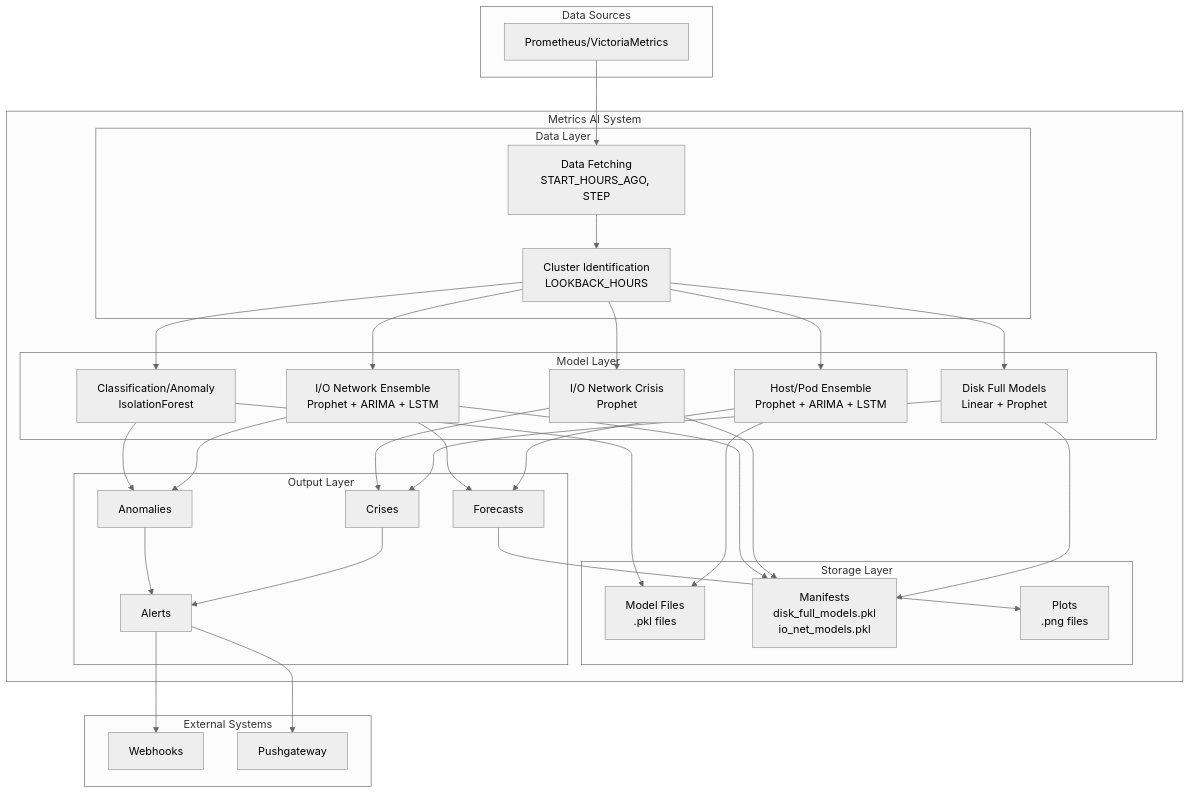
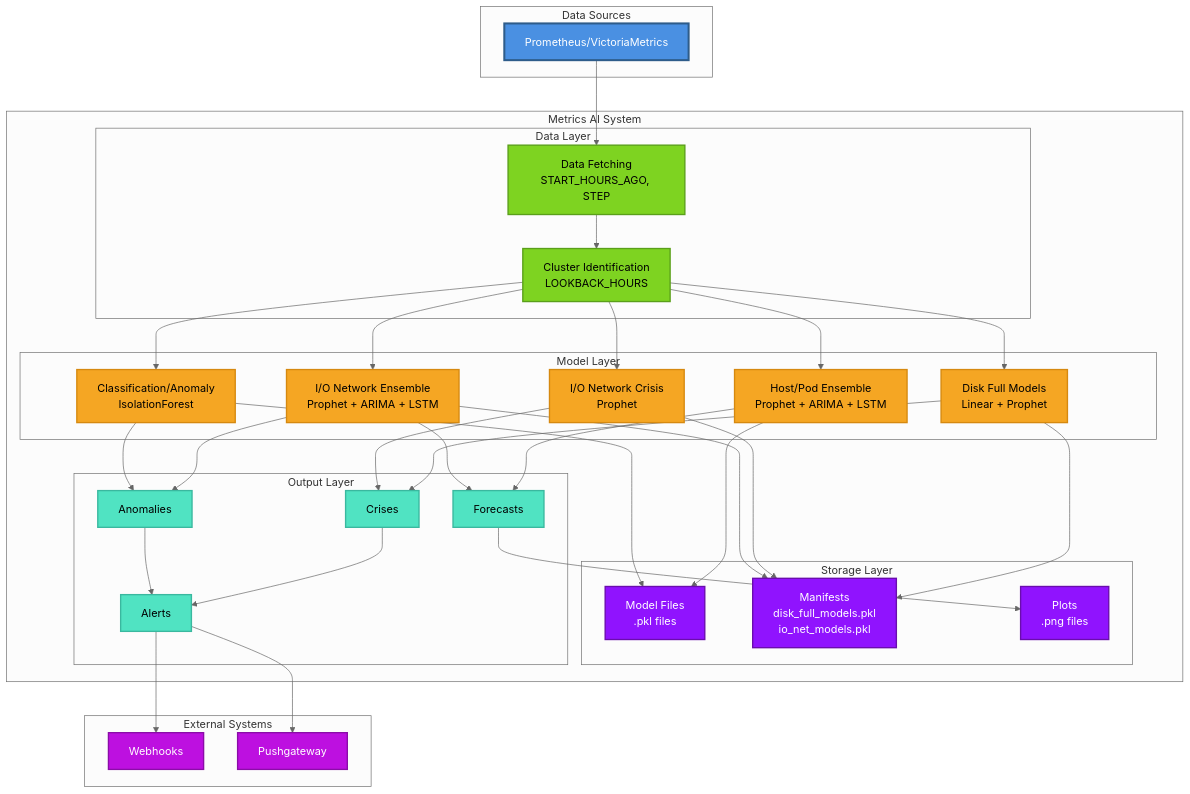
The first of 11 diagrams in Docs/VISUAL_ARCHITECTURE_GUIDE.md (k8sautom8/metrics-ml), drawn with Mermaid (neutral theme) before and after one commit. The commit also changed other lines of this file, not shown here.

````diff
--- a/Docs/VISUAL_ARCHITECTURE_GUIDE.md
+++ b/Docs/VISUAL_ARCHITECTURE_GUIDE.md
@@ -22,66 +38,80 @@
 ```mermaid
 graph TB
     subgraph "Data Sources"
         P[Prometheus/VictoriaMetrics]
     end
     
     subgraph "Metrics AI System"
         subgraph "Data Layer"
             DF[Data Fetching<br/>START_HOURS_AGO, STEP]
             CI[Cluster Identification<br/>LOOKBACK_HOURS]
         end
         
         subgraph "Model Layer"
             HPE[Host/Pod Ensemble<br/>Prophet + ARIMA + LSTM]
             DFM[Disk Full Models<br/>Linear + Prophet]
             IOC[I/O Network Crisis<br/>Prophet]
             IOE[I/O Network Ensemble<br/>Prophet + ARIMA + LSTM]
             CLS[Classification/Anomaly<br/>IsolationForest]
         end
         
         subgraph "Storage Layer"
             MF[Model Files<br/>.pkl files]
             MN[Manifests<br/>disk_full_models.pkl<br/>io_net_models.pkl]
             PL[Plots<br/>.png files]
         end
         
         subgraph "Output Layer"
             FC[Forecasts]
             AN[Anomalies]
             CR[Crises]
             AL[Alerts]
         end
     end
     
     subgraph "External Systems"
         WH[Webhooks]
         PG[Pushgateway]
     end
     
     P --> DF
     DF --> CI
     CI --> HPE
     CI --> DFM
     CI --> IOC
     CI --> IOE
     CI --> CLS
     
     HPE --> MF
     DFM --> MN
     IOC --> MN
     IOE --> MN
     CLS --> MF
     
     HPE --> FC
     DFM --> CR
     IOC --> CR
     IOE --> FC
     IOE --> AN
     CLS --> AN
     
     FC --> PL
     CR --> AL
     AN --> AL
     AL --> WH
     AL --> PG
+    
+    classDef dataSource fill:#4A90E2,stroke:#2E5C8A,stroke-width:3px,color:#fff
+    classDef dataLayer fill:#7ED321,stroke:#5A9F1A,stroke-width:2px,color:#000
+    classDef modelLayer fill:#F5A623,stroke:#D68910,stroke-width:2px,color:#000
+    classDef storageLayer fill:#9013FE,stroke:#6A0DAD,stroke-width:2px,color:#fff
+    classDef outputLayer fill:#50E3C2,stroke:#3AB89F,stroke-width:2px,color:#000
+    classDef externalSystem fill:#BD10E0,stroke:#8B0DA8,stroke-width:2px,color:#fff
+    
+    class P dataSource
+    class DF,CI dataLayer
+    class HPE,DFM,IOC,IOE,CLS modelLayer
+    class MF,MN,PL storageLayer
+    class FC,AN,CR,AL outputLayer
+    class WH,PG externalSystem
 ```
````
